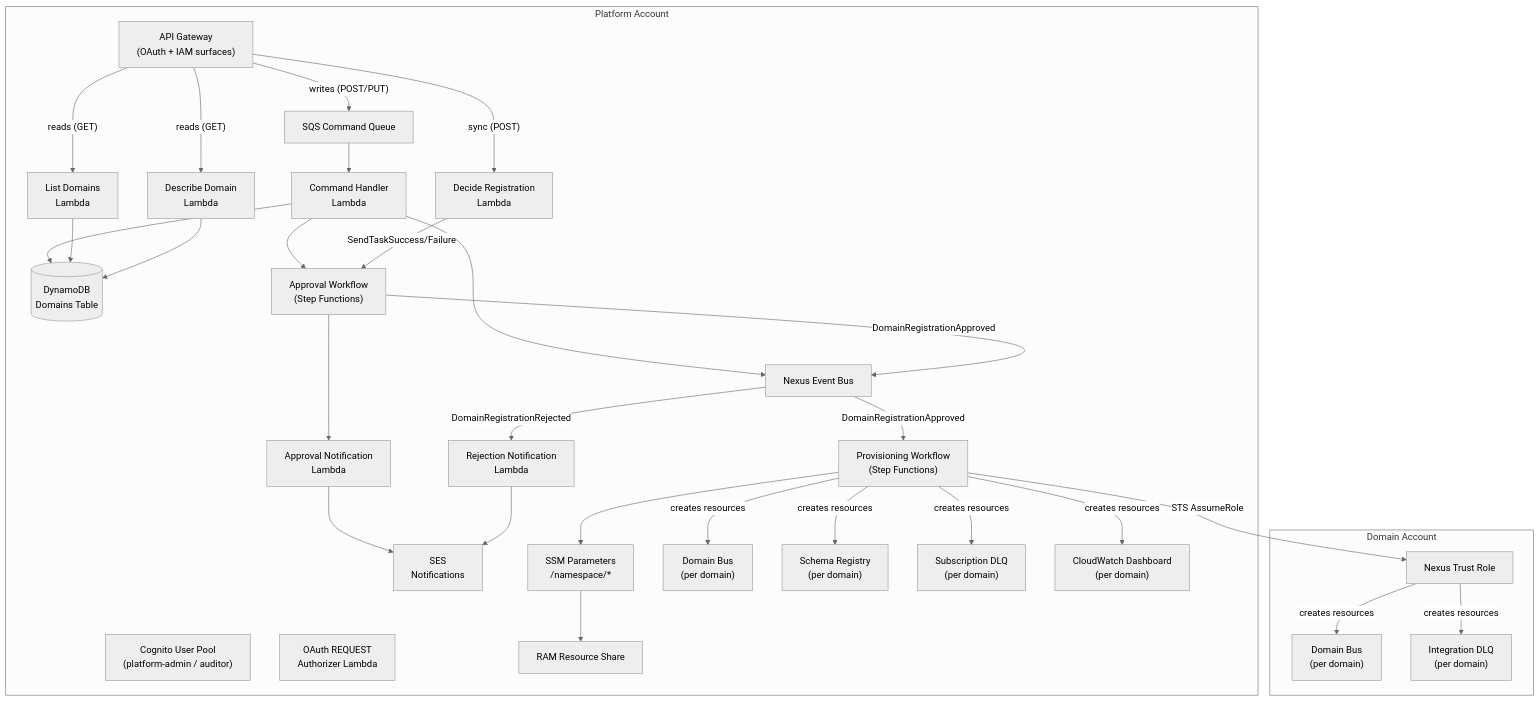
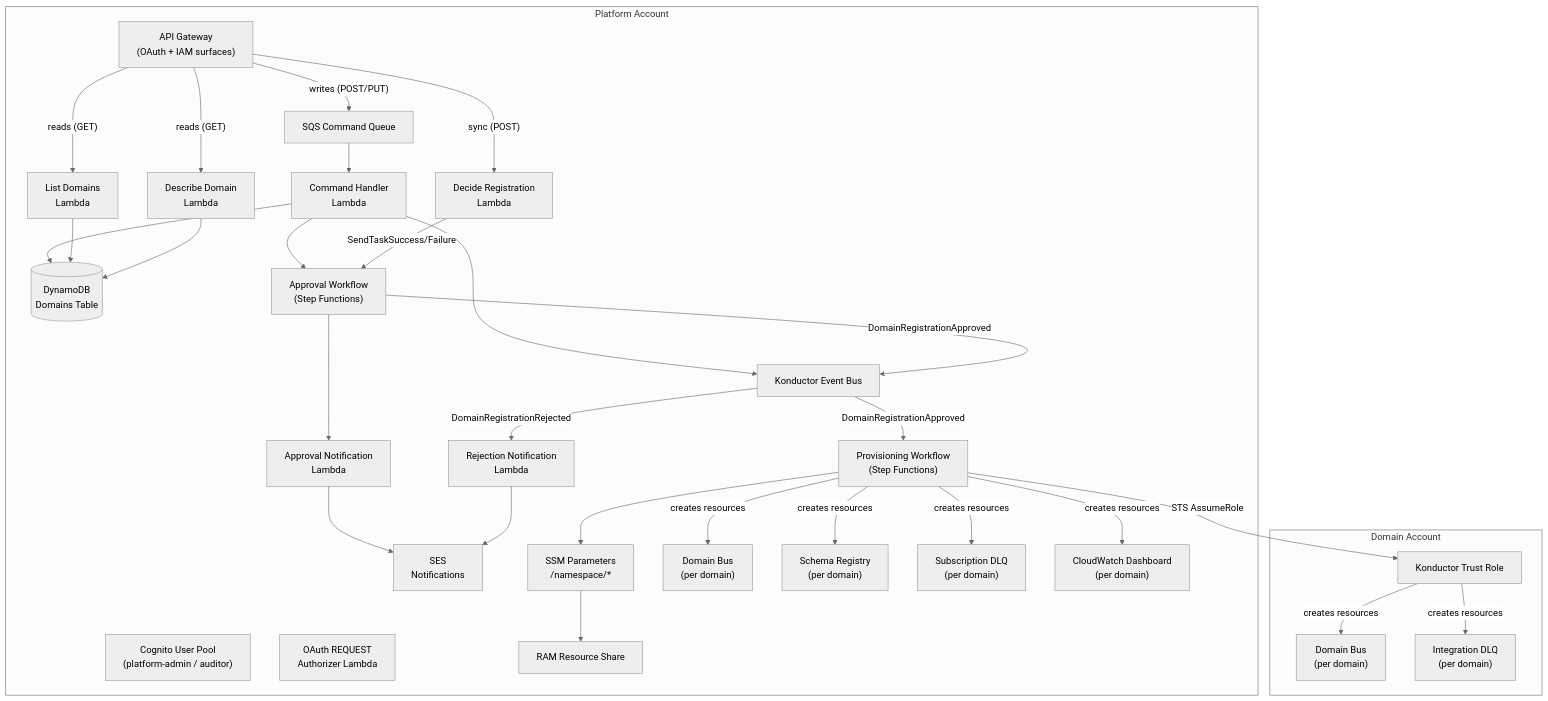
Before and after one commit to liedig/konductor4evb: the first of 10 diagrams in docs/development/architecture.md, drawn with Mermaid (neutral theme). The commit also changed other lines of this file and 37 other files, not shown here.

Commit message:
docs: rename product to Konductor for Amazon EventBridge

````diff
--- a/docs/development/architecture.md
+++ b/docs/development/architecture.md
@@ -20,59 +20,59 @@
 ```mermaid
 graph TB
     subgraph platform["Platform Account"]
         api["API Gateway<br/>(OAuth + IAM surfaces)"]
         cognito["Cognito User Pool<br/>(platform-admin / auditor)"]
         authorizer["OAuth REQUEST<br/>Authorizer Lambda"]
         sqs["SQS Command Queue"]
         handler["Command Handler<br/>Lambda"]
         listfn["List Domains<br/>Lambda"]
         describefn["Describe Domain<br/>Lambda"]
         decidefn["Decide Registration<br/>Lambda"]
         notifyfn["Approval Notification<br/>Lambda"]
         rejectfn["Rejection Notification<br/>Lambda"]
         ddb[("DynamoDB<br/>Domains Table")]
-        nexusbus["Nexus Event Bus"]
+        konductorbus["Konductor Event Bus"]
         approval["Approval Workflow<br/>(Step Functions)"]
         provisioning["Provisioning Workflow<br/>(Step Functions)"]
         ses["SES<br/>Notifications"]
         ssm["SSM Parameters<br/>/namespace/*"]
         ram["RAM Resource Share"]
         domainbus["Domain Bus<br/>(per domain)"]
         registry["Schema Registry<br/>(per domain)"]
         subdlq["Subscription DLQ<br/>(per domain)"]
         dashboard["CloudWatch Dashboard<br/>(per domain)"]
     end
 
     subgraph app["Domain Account"]
-        trustrole["Nexus Trust Role"]
+        trustrole["Konductor Trust Role"]
         appbus["Domain Bus<br/>(per domain)"]
         intdlq["Integration DLQ<br/>(per domain)"]
     end
 
     api -->|"writes (POST/PUT)"| sqs
     api -->|"reads (GET)"| listfn
     api -->|"reads (GET)"| describefn
     api -->|"sync (POST)"| decidefn
     sqs --> handler
     handler --> ddb
-    handler --> nexusbus
+    handler --> konductorbus
     handler --> approval
     decidefn -->|"SendTaskSuccess/Failure"| approval
-    approval -->|"DomainRegistrationApproved"| nexusbus
+    approval -->|"DomainRegistrationApproved"| konductorbus
     approval --> notifyfn
-    nexusbus -->|"DomainRegistrationRejected"| rejectfn
-    nexusbus -->|"DomainRegistrationApproved"| provisioning
+    konductorbus -->|"DomainRegistrationRejected"| rejectfn
+    konductorbus -->|"DomainRegistrationApproved"| provisioning
     notifyfn --> ses
     rejectfn --> ses
     provisioning -->|"creates resources"| domainbus
     provisioning -->|"creates resources"| registry
     provisioning -->|"creates resources"| subdlq
     provisioning -->|"creates resources"| dashboard
     provisioning -->|"STS AssumeRole"| trustrole
     trustrole -->|"creates resources"| appbus
     trustrole -->|"creates resources"| intdlq
     provisioning --> ssm
     ssm --> ram
     listfn --> ddb
     describefn --> ddb
 ```
````
